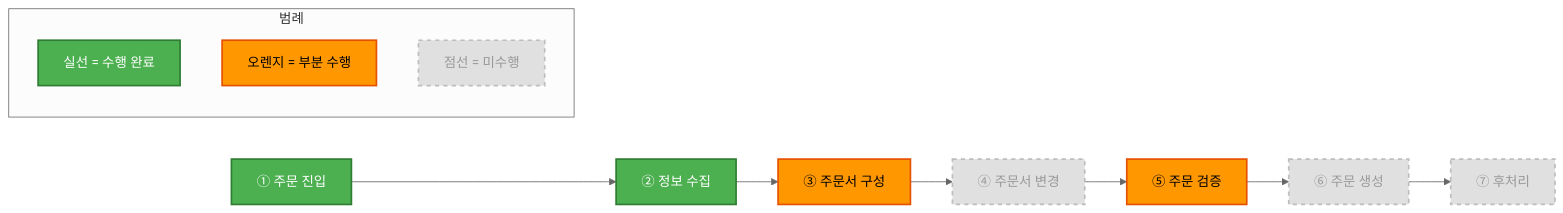
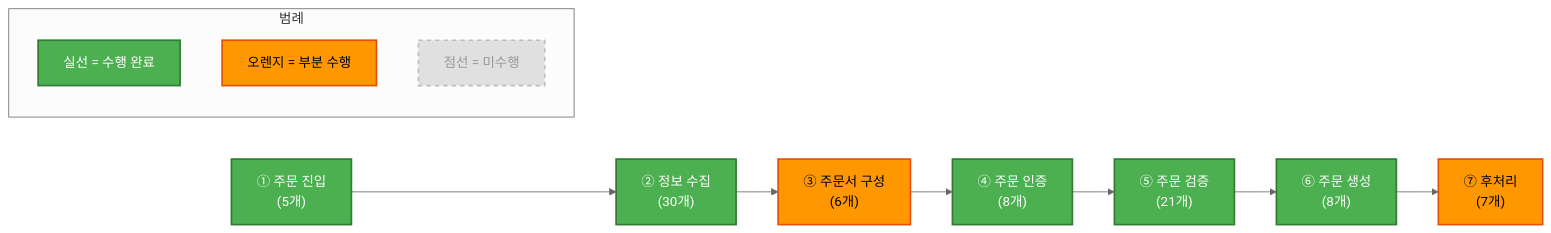
Before and after one commit to yeochul-jeon/msa_prj: the second of 10 diagrams in 이벤트스토밍_주문서비스팀_3차워크샵검토.md, drawn with Mermaid (neutral theme). The commit also changed other lines of this file and 91 other files, not shown here.

````diff
--- a/이벤트스토밍_주문서비스팀_3차워크샵검토.md
+++ b/이벤트스토밍_주문서비스팀_3차워크샵검토.md
@@ -126,27 +155,27 @@
 ```mermaid
 flowchart LR
     classDef done fill:#4CAF50,color:#fff,stroke:#2E7D32,stroke-width:2px
     classDef partial fill:#FF9800,color:#000,stroke:#E65100,stroke-width:2px
     classDef notdone fill:#E0E0E0,color:#999,stroke:#BDBDBD,stroke-width:2px,stroke-dasharray:5 5
 
-    A1["① 주문 진입"]:::done
-    A2["② 정보 수집"]:::done
-    A3["③ 주문서 구성"]:::partial
-    A4["④ 주문서 변경"]:::notdone
-    A5["⑤ 주문 검증"]:::partial
-    A6["⑥ 주문 생성"]:::notdone
-    A7["⑦ 후처리"]:::notdone
+    A1["① 주문 진입\n(5개)"]:::done
+    A2["② 정보 수집\n(30개)"]:::done
+    A3["③ 주문서 구성\n(6개)"]:::partial
+    A4["④ 주문 인증\n(8개)"]:::done
+    A5["⑤ 주문 검증\n(21개)"]:::done
+    A6["⑥ 주문 생성\n(8개)"]:::done
+    A7["⑦ 후처리\n(7개)"]:::partial
 
     A1 --> A2
     A2 --> A3
     A3 --> A4
     A4 --> A5
     A5 --> A6
     A6 --> A7
 
     subgraph LEGEND["범례"]
         L1["실선 = 수행 완료"]:::done
         L2["오렌지 = 부분 수행"]:::partial
         L3["점선 = 미수행"]:::notdone
     end
 ```
````
